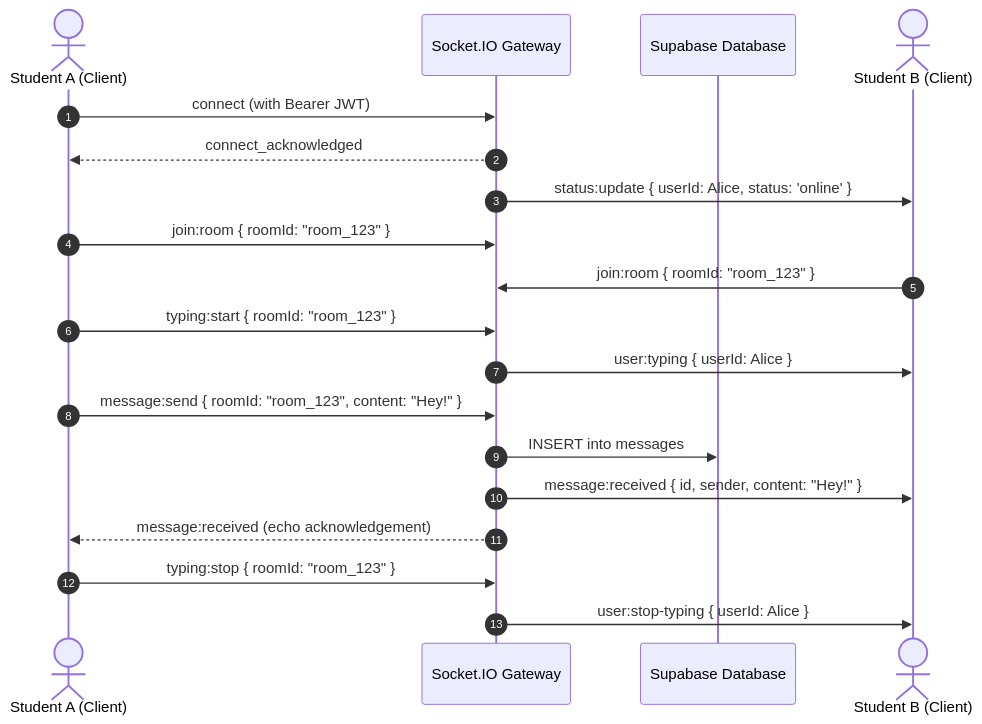
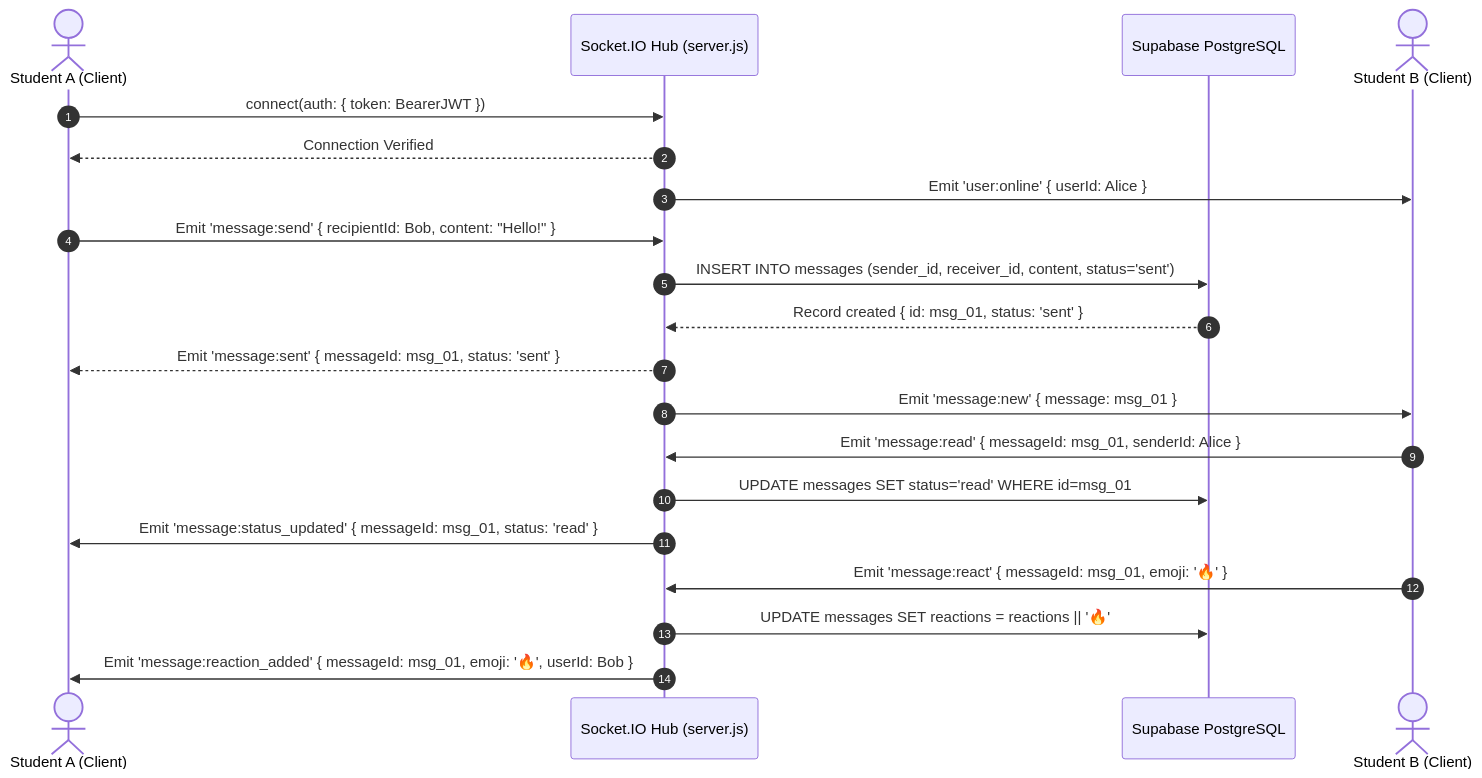
The fifth of 7 diagrams in ARCHITECTURE.md (Ti838/Project-Hive), drawn with Mermaid before and after one commit. The commit also changed other lines of this file and 73 other files, not shown here.

Commit message:
feat: complete production ecosystem with LiveKit SFU, HiveMind AI, Team Workspace, WhatsApp messaging, ultra-responsive UI, and comprehensive Mermaid architecture documentation

````diff
--- a/ARCHITECTURE.md
+++ b/ARCHITECTURE.md
@@ -54,26 +328,27 @@
 ```mermaid
 sequenceDiagram
     autonumber
     actor Alice as Student A (Client)
-    participant SocketGateway as Socket.IO Gateway
-    participant SupabaseDB as Supabase Database
+    participant SocketGateway as Socket.IO Hub (server.js)
+    participant DB as Supabase PostgreSQL
     actor Bob as Student B (Client)
 
-    Alice->>SocketGateway: connect (with Bearer JWT)
-    SocketGateway-->>Alice: connect_acknowledged
-    SocketGateway->>Bob: status:update { userId: Alice, status: 'online' }
+    Alice->>SocketGateway: connect(auth: { token: BearerJWT })
+    SocketGateway-->>Alice: Connection Verified
+    SocketGateway->>Bob: Emit 'user:online' { userId: Alice }
 
-    Alice->>SocketGateway: join:room { roomId: "room_123" }
-    Bob->>SocketGateway: join:room { roomId: "room_123" }
+    Alice->>SocketGateway: Emit 'message:send' { recipientId: Bob, content: "Hello!" }
+    SocketGateway->>DB: INSERT INTO messages (sender_id, receiver_id, content, status='sent')
+    DB-->>SocketGateway: Record created { id: msg_01, status: 'sent' }
 
-    Alice->>SocketGateway: typing:start { roomId: "room_123" }
-    SocketGateway->>Bob: user:typing { userId: Alice }
+    SocketGateway-->>Alice: Emit 'message:sent' { messageId: msg_01, status: 'sent' }
+    SocketGateway->>Bob: Emit 'message:new' { message: msg_01 }
 
-    Alice->>SocketGateway: message:send { roomId: "room_123", content: "Hey!" }
-    SocketGateway->>SupabaseDB: INSERT into messages
-    SocketGateway->>Bob: message:received { id, sender, content: "Hey!" }
-    SocketGateway-->>Alice: message:received (echo acknowledgement)
+    Bob->>SocketGateway: Emit 'message:read' { messageId: msg_01, senderId: Alice }
+    SocketGateway->>DB: UPDATE messages SET status='read' WHERE id=msg_01
+    SocketGateway->>Alice: Emit 'message:status_updated' { messageId: msg_01, status: 'read' }
 
-    Alice->>SocketGateway: typing:stop { roomId: "room_123" }
-    SocketGateway->>Bob: user:stop-typing { userId: Alice }
+    Bob->>SocketGateway: Emit 'message:react' { messageId: msg_01, emoji: '🔥' }
+    SocketGateway->>DB: UPDATE messages SET reactions = reactions || '🔥'
+    SocketGateway->>Alice: Emit 'message:reaction_added' { messageId: msg_01, emoji: '🔥', userId: Bob }
 ```
````
